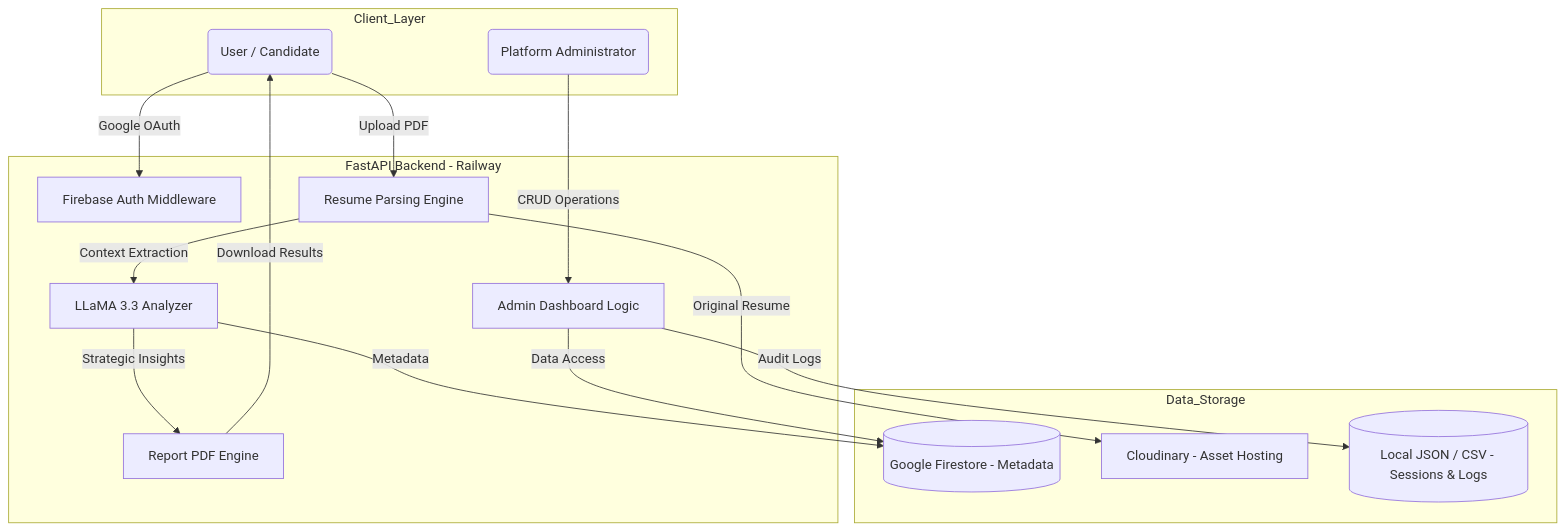
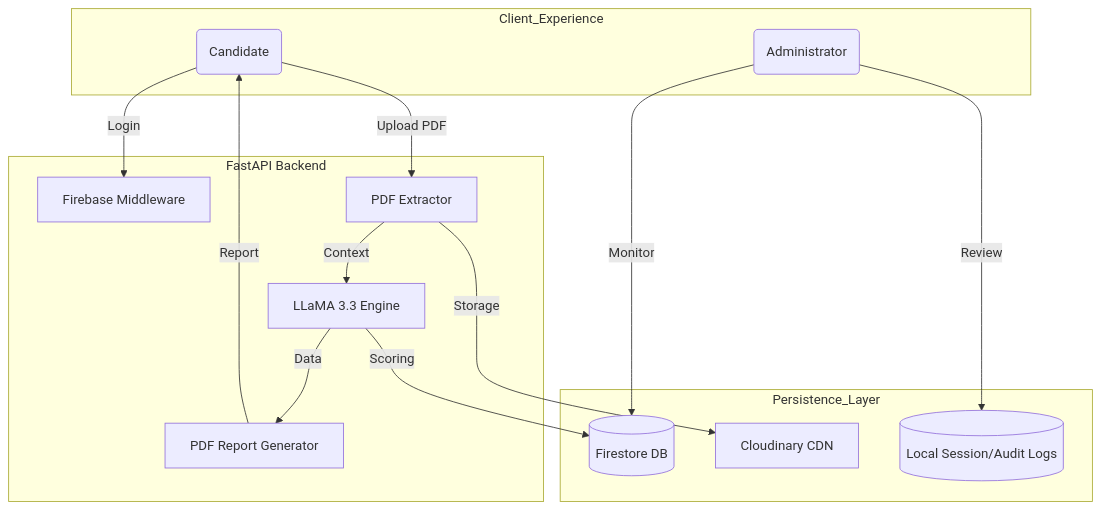
One commit to tisha-varma/Career-Copilot changed the first of 2 diagrams in README.md. Above: the diagram before and after it, drawn with Mermaid. The commit also changed other lines of this file, not shown here.

````diff
--- a/README.md
+++ b/README.md
@@ -18,32 +59,30 @@
 ```mermaid
 graph TD
-    subgraph Client_Layer
-        User(User / Candidate)
-        Admin(Platform Administrator)
+    subgraph Client_Experience
+        U(Candidate)
+        A(Administrator)
     end
 
-    subgraph API_Layer[FastAPI Backend - Railway]
-        Auth[Firebase Auth Middleware]
-        Parser[Resume Parsing Engine]
-        Analyzer[LLaMA 3.3 Analyzer]
-        Generator[Report PDF Engine]
-        Dash[Admin Dashboard Logic]
+    subgraph API_Orchestration[FastAPI Backend]
+        Auth[Firebase Middleware]
+        Parser[PDF Extractor]
+        LLM[LLaMA 3.3 Engine]
+        PDF[PDF Report Generator]
     end
 
-    subgraph Data_Storage
-        Firestore[(Google Firestore - Metadata)]
-        Cloudinary[Cloudinary - Asset Hosting]
-        LocalFiles[(Local JSON / CSV - Sessions & Logs)]
+    subgraph Persistence_Layer
+        FS[(Firestore DB)]
+        CD[Cloudinary CDN]
+        SL[(Local Session/Audit Logs)]
     end
 
-    User -->|Google OAuth| Auth
-    User -->|Upload PDF| Parser
-    Parser -->|Context Extraction| Analyzer
-    Analyzer -->|Strategic Insights| Generator
-    Generator -->|Download Results| User
-    Analyzer -->|Metadata| Firestore
-    Parser -->|Original Resume| Cloudinary
-    Admin -->|CRUD Operations| Dash
-    Dash -->|Audit Logs| LocalFiles
-    Dash -->|Data Access| Firestore
+    U -->|Login| Auth
+    U -->|Upload PDF| Parser
+    Parser -->|Context| LLM
+    LLM -->|Scoring| FS
+    Parser -->|Storage| CD
+    LLM -->|Data| PDF
+    PDF -->|Report| U
+    A -->|Monitor| FS
+    A -->|Review| SL
 ```
````
